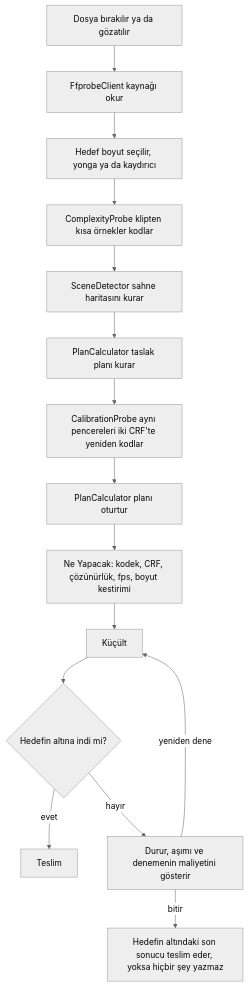
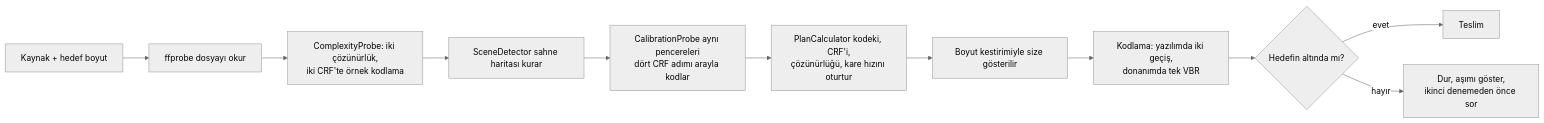
One commit to Teknesyum/VidShrink changed the first of 2 diagrams in README.tr.md. Above: the diagram before and after it, drawn with Mermaid (neutral theme). The commit also changed other lines of this file and 118 other files, not shown here.

````diff
--- a/README.tr.md
+++ b/README.tr.md
@@ -133,17 +154,13 @@
 ```mermaid
-flowchart TD
-    A["Dosya bırakılır ya da gözatılır"] --> B["FfprobeClient kaynağı okur"]
-    B --> C["Hedef boyut seçilir, yonga ya da kaydırıcı"]
-    C --> D["ComplexityProbe klipten kısa örnekler kodlar"]
-    D --> E["SceneDetector sahne haritasını kurar"]
-    E --> F["PlanCalculator taslak planı kurar"]
-    F --> G["CalibrationProbe aynı pencereleri iki CRF'te yeniden kodlar"]
-    G --> H["PlanCalculator planı oturtur"]
-    H --> I["Ne Yapacak: kodek, CRF, çözünürlük, fps, boyut kestirimi"]
-    I --> J["Küçült"]
-    J --> K{"Hedefin altına indi mi?"}
-    K -->|evet| L["Teslim"]
-    K -->|hayır| M["Durur, aşımı ve denemenin maliyetini gösterir"]
-    M -->|yeniden dene| J
-    M -->|bitir| N["Hedefin altındaki son sonucu teslim eder, yoksa hiçbir şey yazmaz"]
+flowchart LR
+    A["Kaynak + hedef boyut"] --> B["ffprobe dosyayı okur"]
+    B --> C["ComplexityProbe: iki çözünürlük,<br/>iki CRF'te örnek kodlama"]
+    C --> D["SceneDetector sahne haritası kurar"]
+    D --> E["CalibrationProbe aynı pencereleri<br/>dört CRF adımı arayla kodlar"]
+    E --> F["PlanCalculator kodeki, CRF'i,<br/>çözünürlüğü, kare hızını oturtur"]
+    F --> G["Boyut kestirimiyle size gösterilir"]
+    G --> H["Kodlama: yazılımda iki geçiş,<br/>donanımda tek VBR"]
+    H --> I{"Hedefin altında mı?"}
+    I -->|evet| J["Teslim"]
+    I -->|hayır| K["Dur, aşımı göster,<br/>ikinci denemeden önce sor"]
 ```
````
